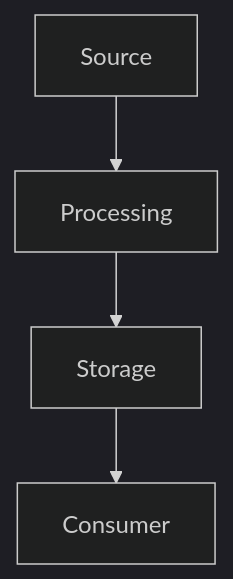
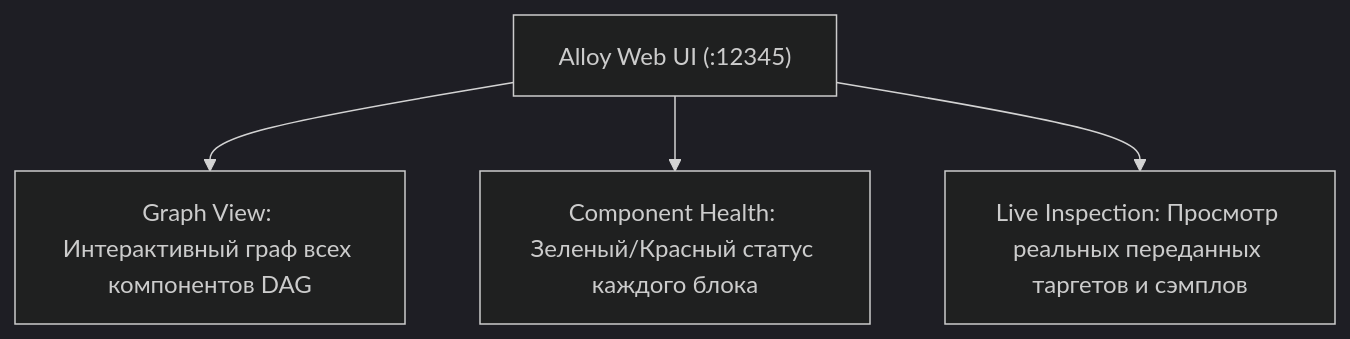
One commit to alisaalisaalisaalisas/doka changed the third of 3 diagrams in docs/09-observability/19-grafana-alloy-deep.md. Above: the diagram before and after it, drawn with Mermaid (dark theme). The commit also changed other lines of this file and 154 other files, not shown here.

````diff
--- a/docs/09-observability/19-grafana-alloy-deep.md
+++ b/docs/09-observability/19-grafana-alloy-deep.md
@@ -15,6 +198,7 @@
 ```mermaid
 graph TD
-    A["Source"] --> B["Processing"]
-    B --> C["Storage"]
-    C --> D["Consumer"]
+    UI["Alloy Web UI (:12345)"]
+    UI --> Graph["Graph View: Интерактивный граф всех компонентов DAG"]
+    UI --> Health["Component Health: Зеленый/Красный статус каждого блока"]
+    UI --> State["Live Inspection: Просмотр реальных переданных таргетов и сэмплов"]
 ```
````
